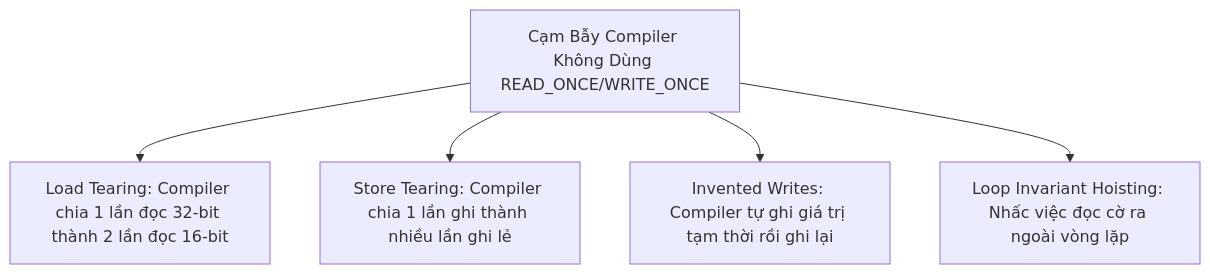
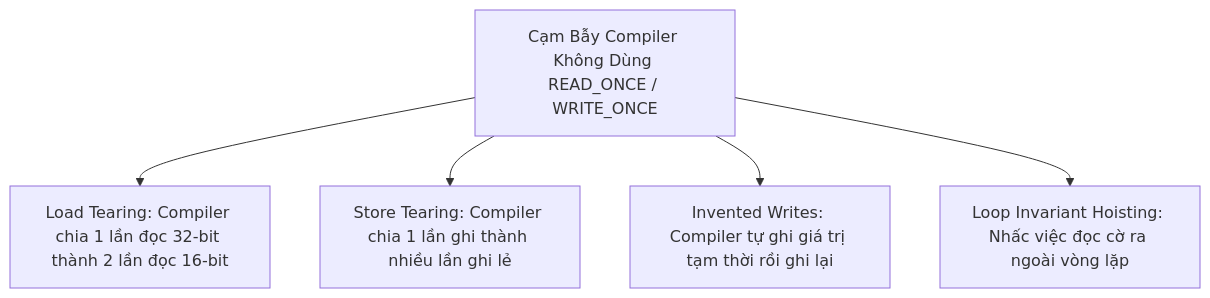
The second of 2 diagrams in C_Cpp_Mastery_Handbook/02_Storage_Classes_and_Type_Qualifiers.md (thinh1210/Obsidian), drawn with Mermaid before and after one commit. The commit also changed other lines of this file and 45 other files, not shown here.

````diff
--- a/C_Cpp_Mastery_Handbook/02_Storage_Classes_and_Type_Qualifiers.md
+++ b/C_Cpp_Mastery_Handbook/02_Storage_Classes_and_Type_Qualifiers.md
@@ -255,7 +255,7 @@
 ```mermaid
 graph TD
-    Bug[Cạm Bẫy Compiler Không Dùng READ_ONCE/WRITE_ONCE] --> B1[Load Tearing: Compiler chia 1 lần đọc 32-bit thành 2 lần đọc 16-bit]
-    Bug --> B2[Store Tearing: Compiler chia 1 lần ghi thành nhiều lần ghi lẻ]
-    Bug --> B3[Invented Writes: Compiler tự ghi giá trị tạm thời rồi ghi lại]
-    Bug --> B4[Loop Invariant Hoisting: Nhấc việc đọc cờ ra ngoài vòng lặp]
+    Bug["Cạm Bẫy Compiler Không Dùng READ_ONCE / WRITE_ONCE"] --> B1["Load Tearing: Compiler chia 1 lần đọc 32-bit thành 2 lần đọc 16-bit"]
+    Bug --> B2["Store Tearing: Compiler chia 1 lần ghi thành nhiều lần ghi lẻ"]
+    Bug --> B3["Invented Writes: Compiler tự ghi giá trị tạm thời rồi ghi lại"]
+    Bug --> B4["Loop Invariant Hoisting: Nhấc việc đọc cờ ra ngoài vòng lặp"]
 ```
````
